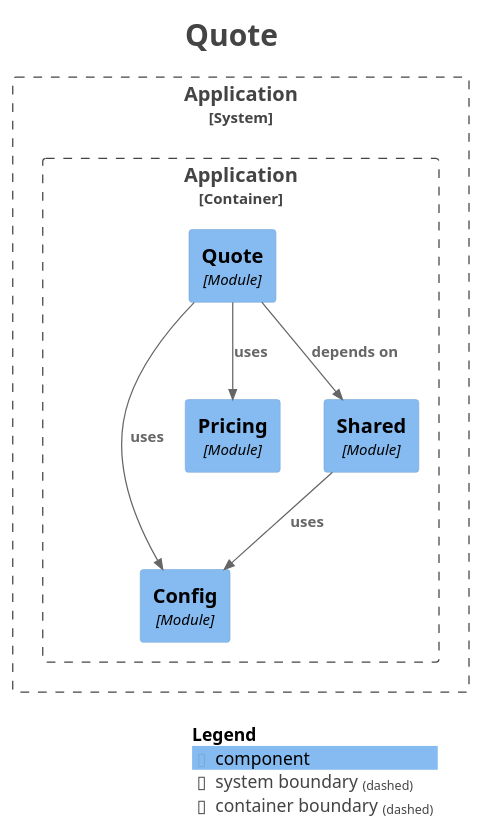
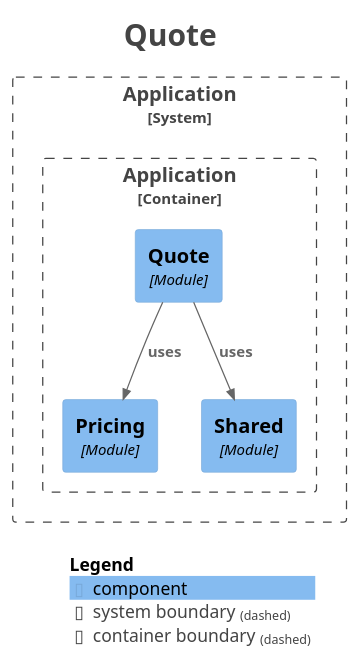
One commit to migangdelzar/insurance-quotes-service changed the diagram in docs/architecture/modules/module-quote.puml. Above: the diagram before and after it, drawn with PlantUML. The commit also changed 39 other files, not shown here.

```diff
--- a/docs/architecture/modules/module-quote.puml
+++ b/docs/architecture/modules/module-quote.puml
@@ -1,35 +1,32 @@
 @startuml
 title <size:24>Quote</size>
 
 set separator none
 top to bottom direction
 
 <style>
   root {
     BackgroundColor: #ffffff
     FontColor: #444444
   }
 </style>
 
 !include <C4/C4>
 !include <C4/C4_Context>
 !include <C4/C4_Component>
 
 System_Boundary("Application_boundary", "Application", $tags="") {
   Container_Boundary("Application.Application_boundary", "Application", $tags="") {
-    Component(Application.Application.Config, "Config", $techn="Module", $descr="", $tags="", $link="")
     Component(Application.Application.Pricing, "Pricing", $techn="Module", $descr="", $tags="", $link="")
     Component(Application.Application.Shared, "Shared", $techn="Module", $descr="", $tags="", $link="")
     Component(Application.Application.Quote, "Quote", $techn="Module", $descr="", $tags="", $link="")
   }
 
 }
 
-Rel(Application.Application.Shared, Application.Application.Config, "uses", $techn="", $tags="", $link="")
-Rel(Application.Application.Quote, Application.Application.Shared, "depends on", $techn="", $tags="", $link="")
-Rel(Application.Application.Quote, Application.Application.Config, "uses", $techn="", $tags="", $link="")
+Rel(Application.Application.Quote, Application.Application.Shared, "uses", $techn="", $tags="", $link="")
 Rel(Application.Application.Quote, Application.Application.Pricing, "uses", $techn="", $tags="", $link="")
 
 SHOW_LEGEND(true)
 hide stereotypes
 @enduml
```
